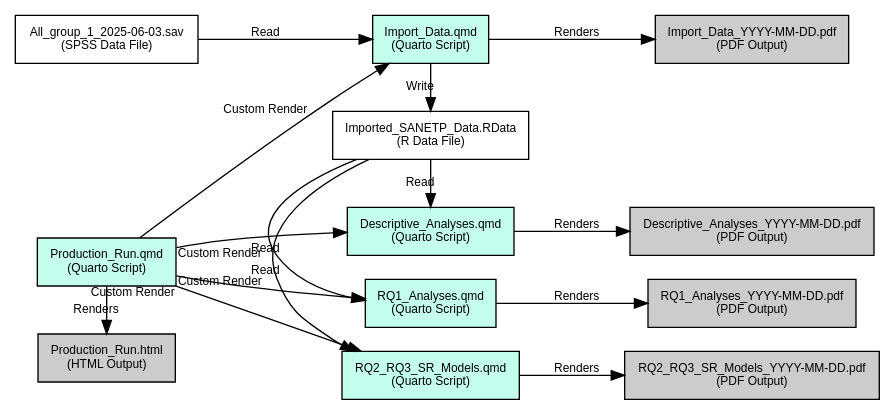
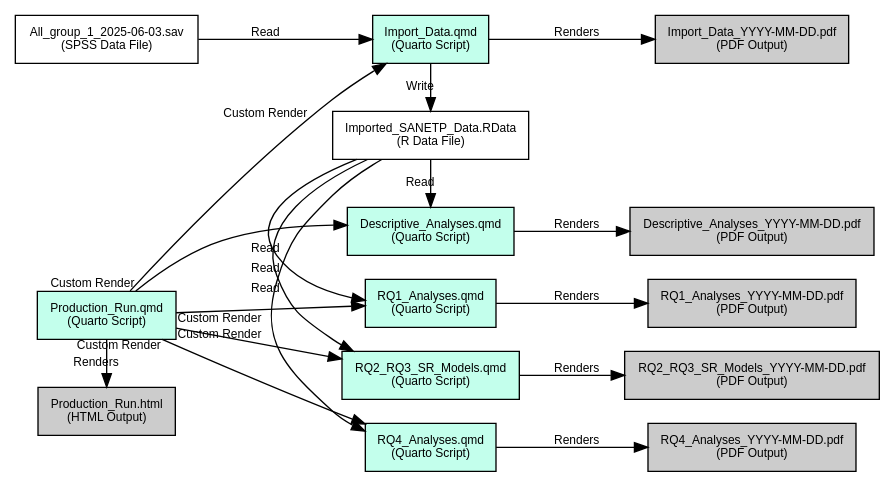
One commit to sjpierce/SANETPA changed the diagram in scripts/Production_Run.qmd. Above: the diagram before and after it, drawn with Graphviz.

Commit message:
Updated workflow diagram

````diff
--- a/scripts/Production_Run.qmd
+++ b/scripts/Production_Run.qmd
@@ -111,44 +111,49 @@
 ```{dot}
 //| label: fig-production
 //| fig-cap: "Production Workflow Diagram"
 //| fig-width: 7
 //| fig-height: 5
 
 digraph Production {
 rankdir="LR";
 
 node [shape = "box", style= "filled", fontname = "Arial", fontsize = 9, fillcolor = "#C3FFEC"]
 DAS [label = "Descriptive_Analyses.qmd\n(Quarto Script)"]
 DAO [label = "Descriptive_Analyses_YYYY-MM-DD.pdf\n(PDF Output)", fillcolor = "grey80"]
 R1S [label = "RQ1_Analyses.qmd\n(Quarto Script)"]
 R1O [label = "RQ1_Analyses_YYYY-MM-DD.pdf\n(PDF Output)", fillcolor = "grey80"]
 R2S [label = "RQ2_RQ3_SR_Models.qmd\n(Quarto Script)"]
 R2O [label = "RQ2_RQ3_SR_Models_YYYY-MM-DD.pdf\n(PDF Output)", fillcolor = "grey80"]
+R4S [label = "RQ4_Analyses.qmd\n(Quarto Script)"]
+R4O [label = "RQ4_Analyses_YYYY-MM-DD.pdf\n(PDF Output)", fillcolor = "grey80"]
 IDS [label = "Import_Data.qmd\n(Quarto Script)"]
 RawData [label = "All_group_1_2025-06-03.sav\n(SPSS Data File)", fillcolor = "white"]
 FinalData [label = "Imported_SANETP_Data.RData\n(R Data File)", fillcolor = "white"]
 IDO [label = "Import_Data_YYYY-MM-DD.pdf\n(PDF Output)", fillcolor = "grey80"]
 PRO [label = "Production_Run.html\n(HTML Output)", fillcolor = "grey80"]
 PRS [label = "Production_Run.qmd\n(Quarto Script)"]
 
 edge [fontname = "Arial", fontsize = 9]
 PRS -> IDS [label = "Custom Render"]
 PRS -> DAS [taillabel = "Custom Render"]
 PRS -> R1S [taillabel = "Custom Render"]
 PRS -> R2S [taillabel = "Custom Render"]
+PRS -> R4S [taillabel = "Custom Render"]
 RawData -> IDS [label = "Read"]
 PRS -> PRO [label = "Renders"]
 IDS -> IDO [label = "Renders"]
 IDS -> FinalData [label = "Write"]
 FinalData -> DAS [label = "Read"]
 DAS -> DAO [label = "Renders"]
 FinalData -> R1S [label = "Read"]
 FinalData -> R2S [label = "Read"]
+FinalData -> R4S [label = "Read"]
 R1S -> R1O [label = "Renders"]
 R2S -> R2O [label = "Renders"]
+R4S -> R4O [label = "Renders"]
 
-{ rank=same; IDS; FinalData; DAS; R1S; R2S}
-{ rank=same; IDO; DAO; R1O; R2O}
+{ rank=same; IDS; FinalData; DAS; R1S; R2S; R4S}
+{ rank=same; IDO; DAO; R1O; R2O; R4O}
 { rank=same; RawData; PRS; PRO}
 }
 ```
````
